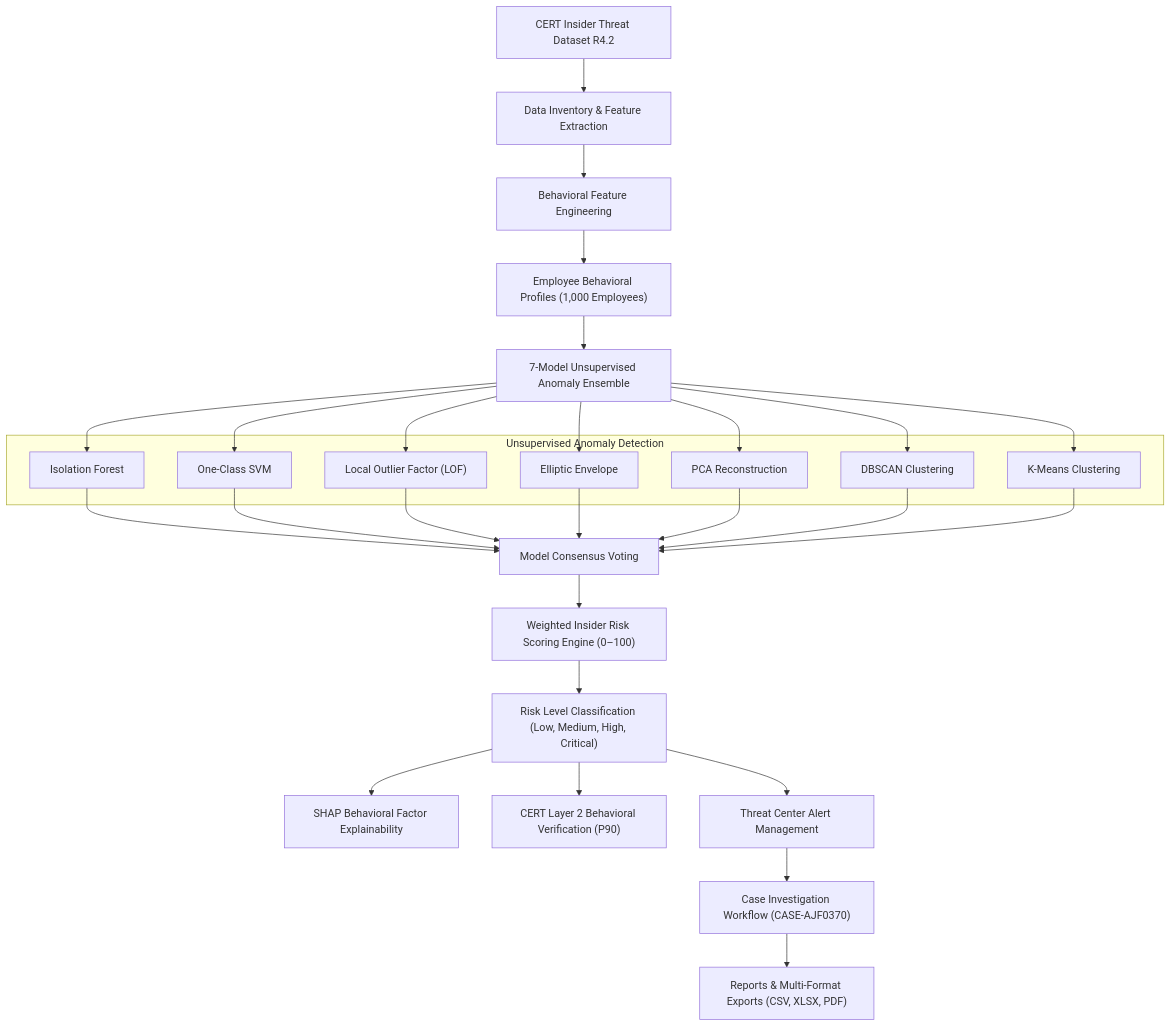
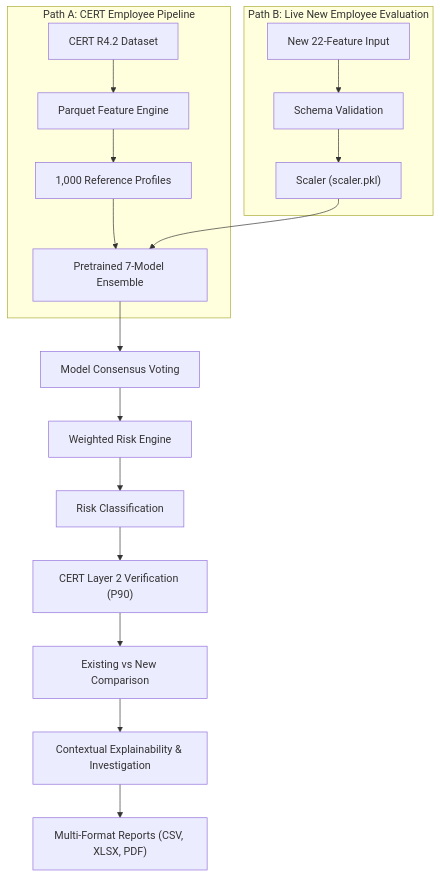
The first of 3 diagrams in README.md (springboardmentor442n-coder/Insider-Threat-Behavioral-Intelligence-System), drawn with Mermaid before and after one commit. The commit also changed other lines of this file, not shown here.

````diff
--- a/README.md
+++ b/README.md
@@ -55,29 +48,14 @@
 ```mermaid
 flowchart TD
-    A["CERT Insider Threat Dataset R4.2"] --> B["Data Inventory & Feature Extraction"]
-    B --> C["Behavioral Feature Engineering"]
-    C --> D["Employee Behavioral Profiles (1,000 Employees)"]
-    D --> E["7-Model Unsupervised Anomaly Ensemble"]
-    
-    subgraph Ensemble ["Unsupervised Anomaly Detection"]
-        E1["Isolation Forest"]
-        E2["One-Class SVM"]
-        E3["Local Outlier Factor (LOF)"]
-        E4["Elliptic Envelope"]
-        E5["PCA Reconstruction"]
-        E6["DBSCAN Clustering"]
-        E7["K-Means Clustering"]
+    subgraph PathA ["Path A: CERT Employee Pipeline"]
+        A1["CERT R4.2 Dataset"] --> A2["Parquet Feature Engine"] --> A3["1,000 Reference Profiles"] --> A4["Pretrained 7-Model Ensemble"]
     end
 
-    E --> E1 & E2 & E3 & E4 & E5 & E6 & E7
-    E1 & E2 & E3 & E4 & E5 & E6 & E7 --> F["Model Consensus Voting"]
-    F --> G["Weighted Insider Risk Scoring Engine (0–100)"]
-    G --> H["Risk Level Classification (Low, Medium, High, Critical)"]
-    
-    H --> I["SHAP Behavioral Factor Explainability"]
-    H --> J["CERT Layer 2 Behavioral Verification (P90)"]
-    H --> K["Threat Center Alert Management"]
-    
-    K --> L["Case Investigation Workflow (CASE-AJF0370)"]
-    L --> M["Reports & Multi-Format Exports (CSV, XLSX, PDF)"]
+    subgraph PathB ["Path B: Live New Employee Evaluation"]
+        B1["New 22-Feature Input"] --> B2["Schema Validation"] --> B3["Scaler (scaler.pkl)"] --> A4
+    end
+
+    A4 --> C["Model Consensus Voting"] --> D["Weighted Risk Engine"] --> E["Risk Classification"]
+    E --> F["CERT Layer 2 Verification (P90)"] --> G["Existing vs New Comparison"]
+    G --> H["Contextual Explainability & Investigation"] --> I["Multi-Format Reports (CSV, XLSX, PDF)"]
 ```
````
